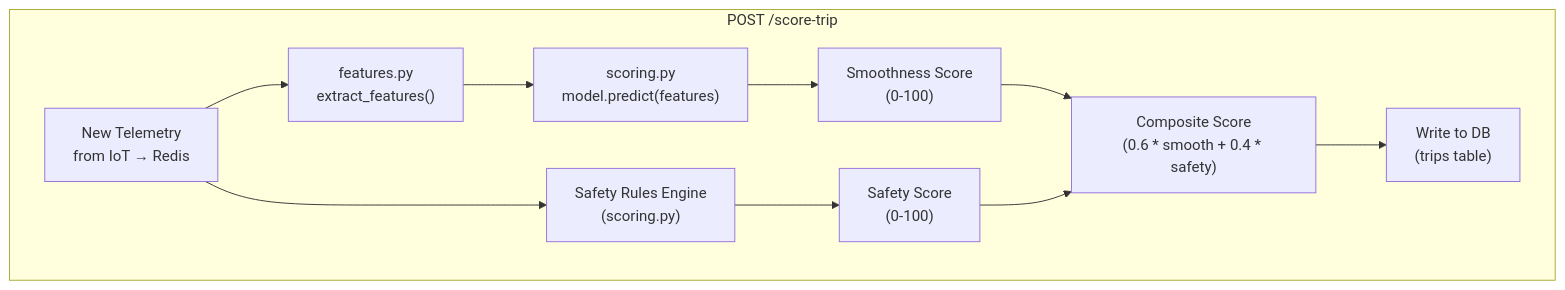
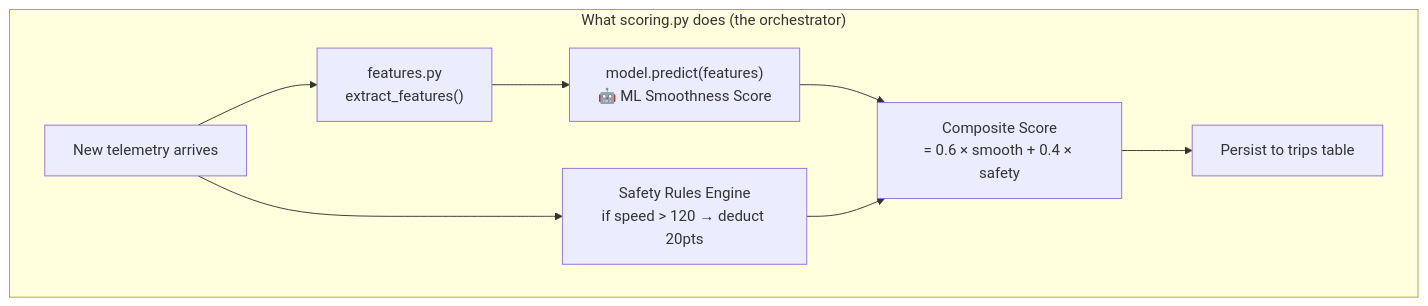
One commit to Project-Be-Better/learning-ml changed the seventh of 16 diagrams in docs/ml_pipeline_guide.md. Above: the diagram before and after it, drawn with Mermaid. The commit also changed other lines of this file, not shown here.

````diff
--- a/docs/ml_pipeline_guide.md
+++ b/docs/ml_pipeline_guide.md
@@ -180,13 +183,11 @@
 ```mermaid
 flowchart TD
-    subgraph "POST /score-trip"
-        T["New Telemetry\nfrom IoT → Redis"] --> FE["features.py\nextract_features()"]
-        FE --> INF["scoring.py\nmodel.predict(features)"]
-        INF --> SS["Smoothness Score\n(0-100)"]
-        T --> SF["Safety Rules Engine\n(scoring.py)"]
-        SF --> SAF["Safety Score\n(0-100)"]
-        SS --> C["Composite Score\n(0.6 * smooth + 0.4 * safety)"]
-        SAF --> C
-        C --> DB["Write to DB\n(trips table)"]
+    subgraph "What scoring.py does (the orchestrator)"
+        T["New telemetry arrives"] --> FE["features.py\nextract_features()"]
+        FE --> ML["model.predict(features)\n🤖 ML Smoothness Score"]
+        T --> RULES["Safety Rules Engine\nif speed > 120 → deduct 20pts"]
+        ML --> CS["Composite Score\n= 0.6 × smooth + 0.4 × safety"]
+        RULES --> CS
+        CS --> DB["Persist to trips table"]
     end
 ```
````
